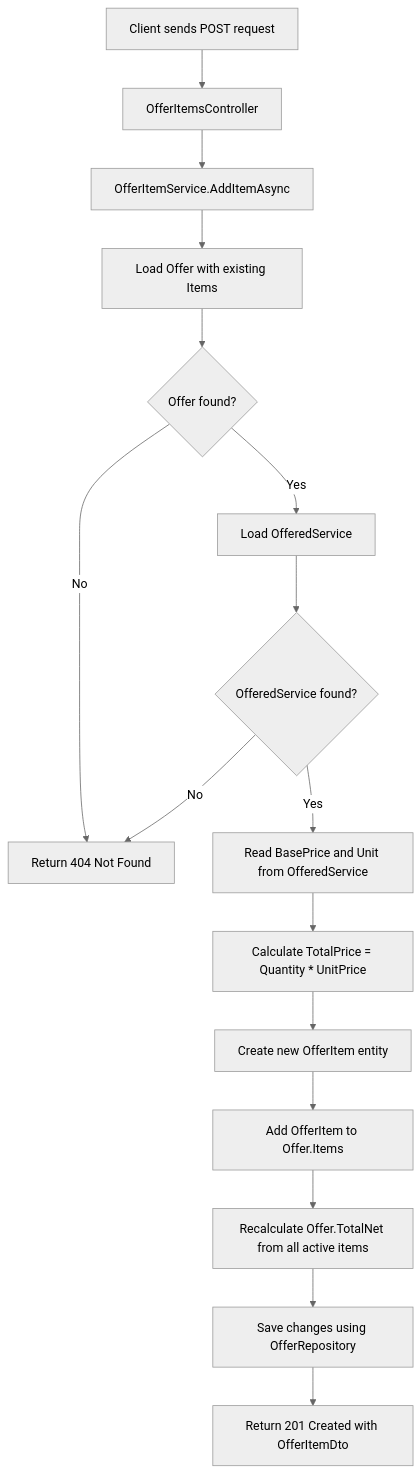
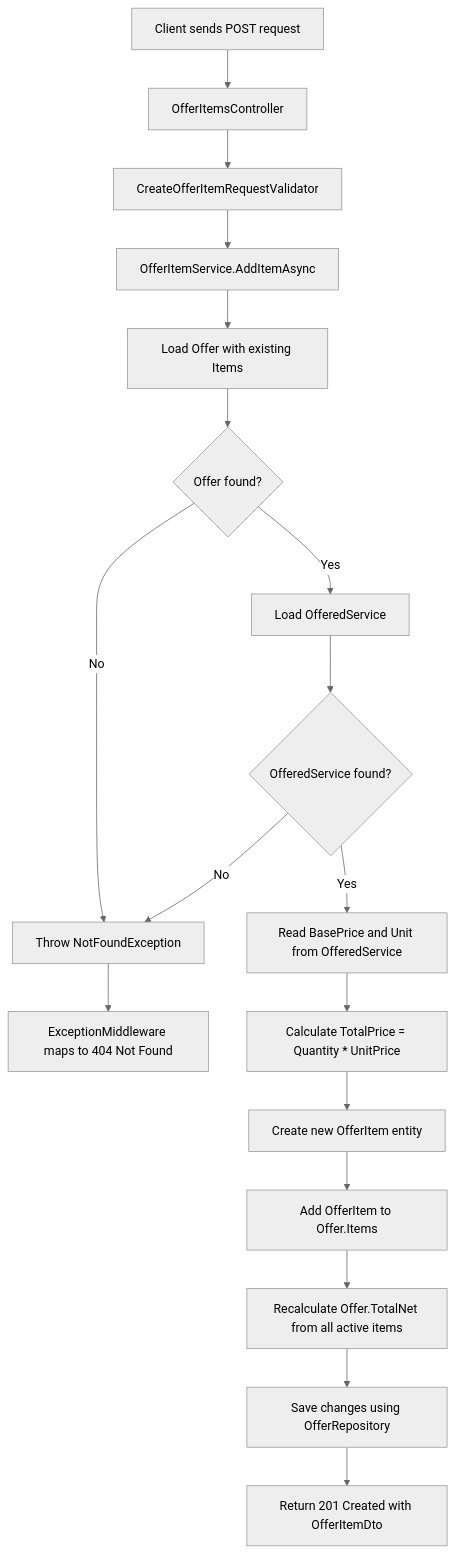
The diagram in docs/business-processes/add-offer-item-flow.md (aaronddecker/gartenzwerge-offer-management), drawn with Mermaid (neutral theme) before and after one commit. The commit also changed other lines of this file and 5 other files, not shown here.

Commit message:
docs: update architecture and business process documentation

````diff
--- a/docs/business-processes/add-offer-item-flow.md
+++ b/docs/business-processes/add-offer-item-flow.md
@@ -72,22 +72,25 @@
 ```mermaid
 flowchart TD
     A[Client sends POST request] --> B[OfferItemsController]
-    B --> C[OfferItemService.AddItemAsync]
+    B --> C[CreateOfferItemRequestValidator]
+    C --> D[OfferItemService.AddItemAsync]
 
-    C --> D[Load Offer with existing Items]
-    D --> E{Offer found?}
+    D --> E[Load Offer with existing Items]
+    E --> F{Offer found?}
 
-    E -->|No| F[Return 404 Not Found]
-    E -->|Yes| G[Load OfferedService]
+    F -->|No| G[Throw NotFoundException]
+    F -->|Yes| H[Load OfferedService]
 
-    G --> H{OfferedService found?}
-    H -->|No| F
-    H -->|Yes| I[Read BasePrice and Unit from OfferedService]
+    H --> I{OfferedService found?}
+    I -->|No| G
+    I -->|Yes| J[Read BasePrice and Unit from OfferedService]
 
-    I --> J[Calculate TotalPrice = Quantity * UnitPrice]
-    J --> K[Create new OfferItem entity]
-    K --> L[Add OfferItem to Offer.Items]
-    L --> M[Recalculate Offer.TotalNet from all active items]
-    M --> N[Save changes using OfferRepository]
-    N --> O[Return 201 Created with OfferItemDto]
+    J --> K[Calculate TotalPrice = Quantity * UnitPrice]
+    K --> L[Create new OfferItem entity]
+    L --> M[Add OfferItem to Offer.Items]
+    M --> N[Recalculate Offer.TotalNet from all active items]
+    N --> O[Save changes using OfferRepository]
+    O --> P[Return 201 Created with OfferItemDto]
+
+    G --> Q[ExceptionMiddleware maps to 404 Not Found]
 ```
````
